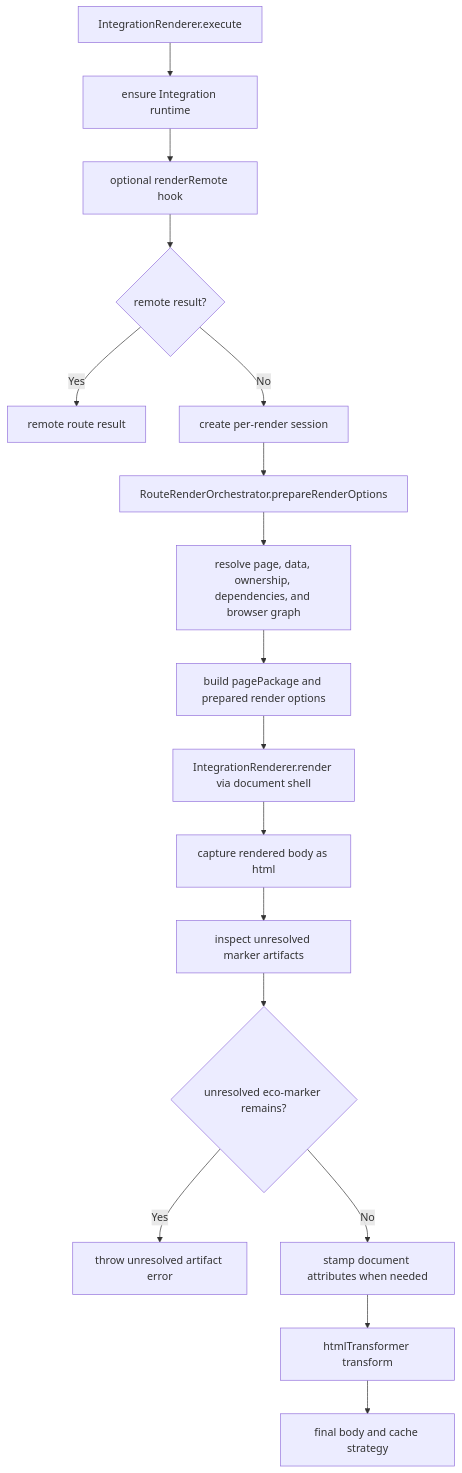
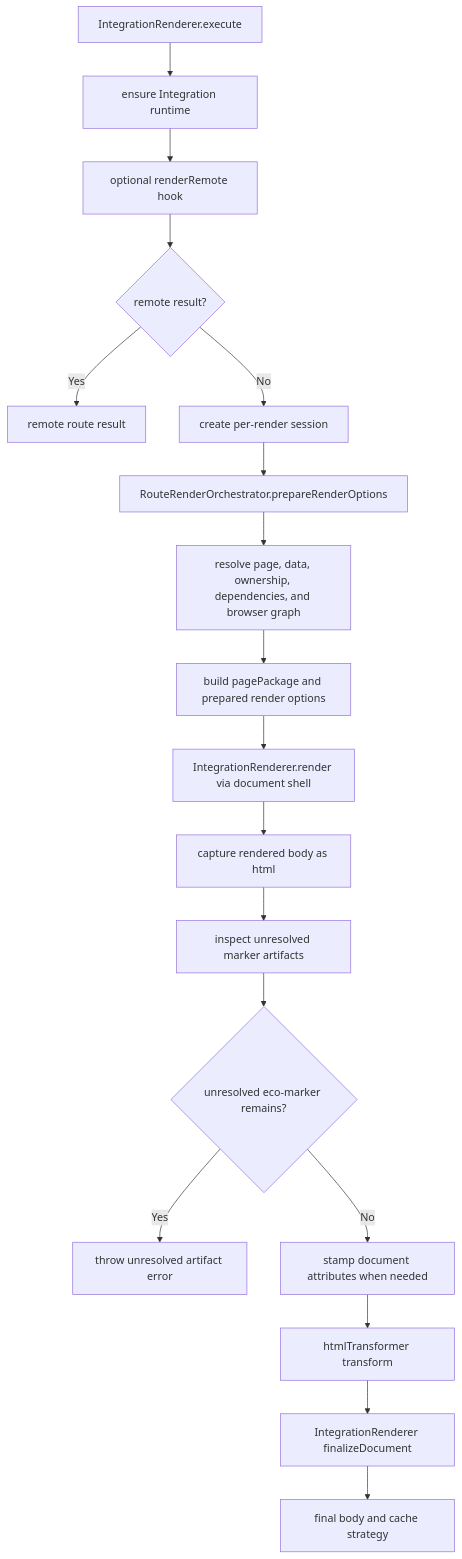
Before and after one commit to ecopages/ecopages: the second of 5 diagrams in packages/core/src/route-renderer/GRAPH.md, drawn with Mermaid. The commit also changed other lines of this file and 2 other files, not shown here.

First line of the commit message:
docs(core): align route-renderer and router docs with the code

````diff
--- a/packages/core/src/route-renderer/GRAPH.md
+++ b/packages/core/src/route-renderer/GRAPH.md
@@ -39,19 +38,20 @@
 ```mermaid
 flowchart TD
   A[IntegrationRenderer.execute] --> B[ensure Integration runtime]
   B --> C[optional renderRemote hook]
   C --> D{remote result?}
   D -- Yes --> E[remote route result]
   D -- No --> F[create per-render session]
   F --> G[RouteRenderOrchestrator.prepareRenderOptions]
   G --> H[resolve page, data, ownership, dependencies, and browser graph]
   H --> I[build pagePackage and prepared render options]
   I --> J[IntegrationRenderer.render via document shell]
   J --> K[capture rendered body as html]
   K --> L[inspect unresolved marker artifacts]
   L --> M{unresolved eco-marker remains?}
   M -- Yes --> N[throw unresolved artifact error]
   M -- No --> O[stamp document attributes when needed]
   O --> P[htmlTransformer transform]
-  P --> Q[final body and cache strategy]
+  P --> R[IntegrationRenderer finalizeDocument]
+  R --> Q[final body and cache strategy]
 ```
````
